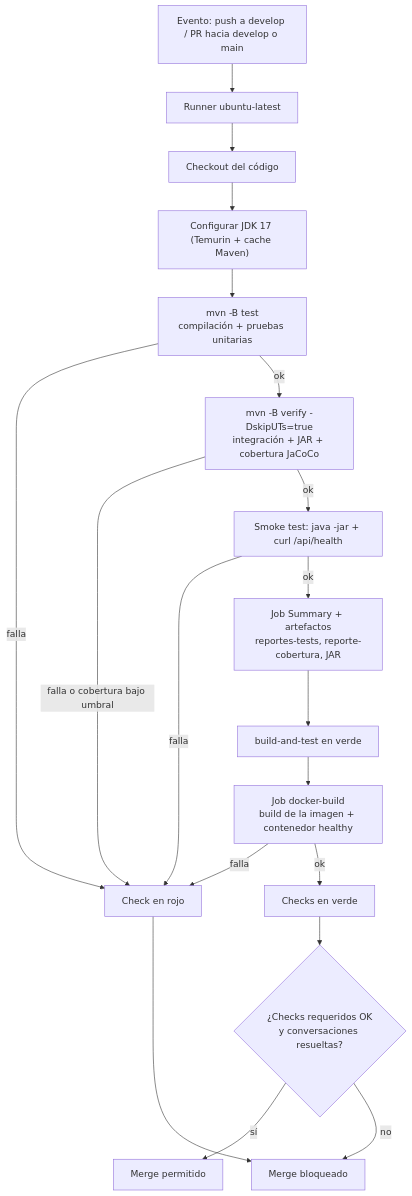
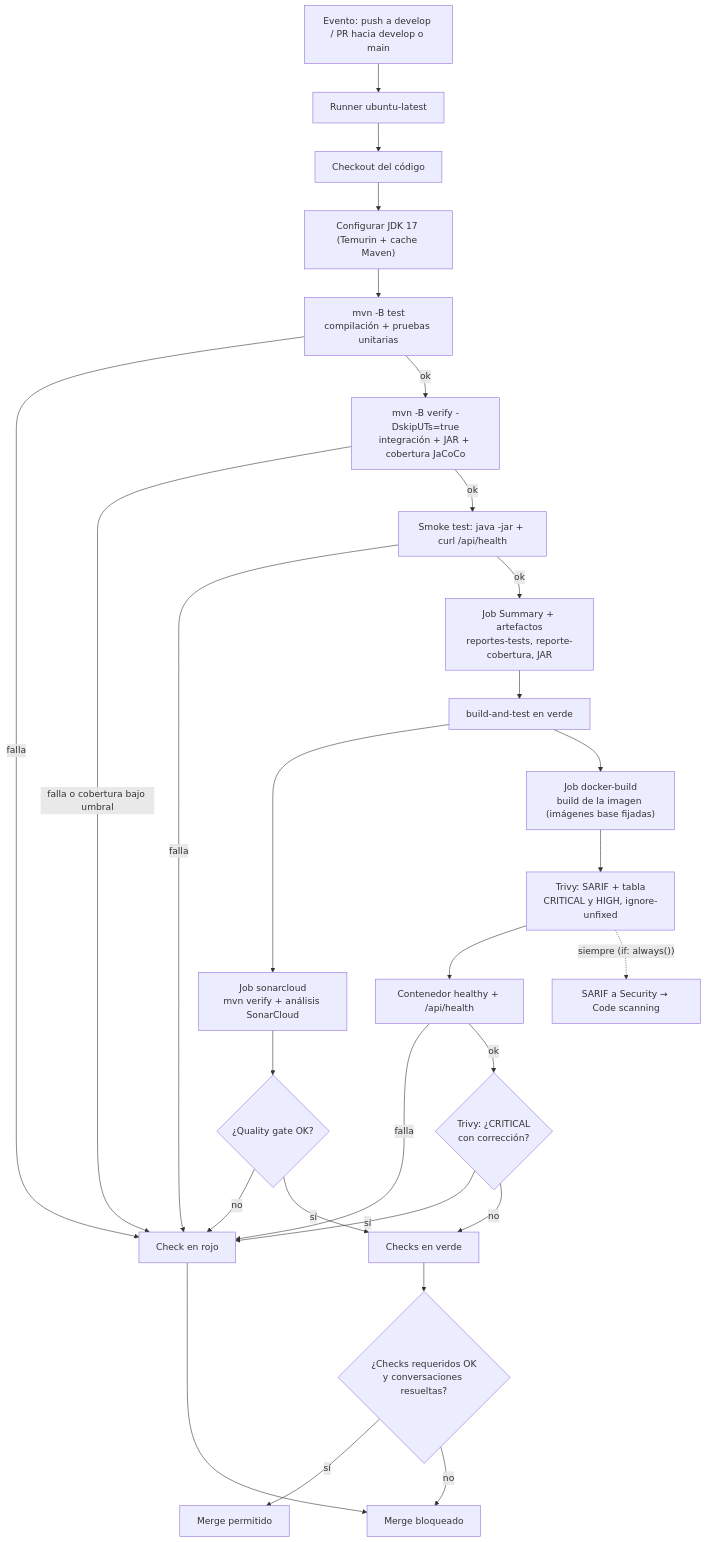
One commit to DGomezPalacios/charmeetchic_api changed the second of 2 diagrams in docs/workflow.md. Above: the diagram before and after it, drawn with Mermaid. The commit also changed other lines of this file, not shown here.

First line of the commit message:
docs(workflow): agrega los jobs sonarcloud y Trivy al pipeline

````diff
--- a/docs/workflow.md
+++ b/docs/workflow.md
@@ -69,21 +69,30 @@
 ```mermaid
 flowchart TD
     A["Evento: push a develop / PR hacia develop o main"] --> B["Runner ubuntu-latest"]
     B --> C["Checkout del código"]
     C --> D["Configurar JDK 17 (Temurin + cache Maven)"]
     D --> E["mvn -B test<br/>compilación + pruebas unitarias"]
     E -->|falla| X["Check en rojo"]
     E -->|ok| E2["mvn -B verify -DskipUTs=true<br/>integración + JAR + cobertura JaCoCo"]
     E2 -->|"falla o cobertura bajo umbral"| X
     E2 -->|ok| F["Smoke test: java -jar + curl /api/health"]
     F -->|falla| X
     F -->|ok| G["Job Summary + artefactos<br/>reportes-tests, reporte-cobertura, JAR"]
     G --> H["build-and-test en verde"]
-    H --> D1["Job docker-build<br/>build de la imagen + contenedor healthy"]
-    D1 -->|falla| X
-    D1 -->|ok| H2["Checks en verde"]
+    H --> S1["Job sonarcloud<br/>mvn verify + análisis SonarCloud"]
+    H --> D1["Job docker-build<br/>build de la imagen (imágenes base fijadas)"]
+    S1 --> S2{"¿Quality gate OK?"}
+    S2 -->|no| X
+    S2 -->|sí| H2["Checks en verde"]
+    D1 --> T1["Trivy: SARIF + tabla<br/>CRITICAL y HIGH, ignore-unfixed"]
+    T1 --> D2["Contenedor healthy + /api/health"]
+    D2 -->|falla| X
+    D2 -->|ok| T2{"Trivy: ¿CRITICAL<br/>con corrección?"}
+    T2 -->|sí| X
+    T2 -->|no| H2
+    T1 -.->|"siempre (if: always())"| SA["SARIF a Security → Code scanning"]
     H2 --> I{"¿Checks requeridos OK<br/>y conversaciones resueltas?"}
     I -->|sí| J["Merge permitido"]
     I -->|no| K["Merge bloqueado"]
     X --> K
 ```
````
